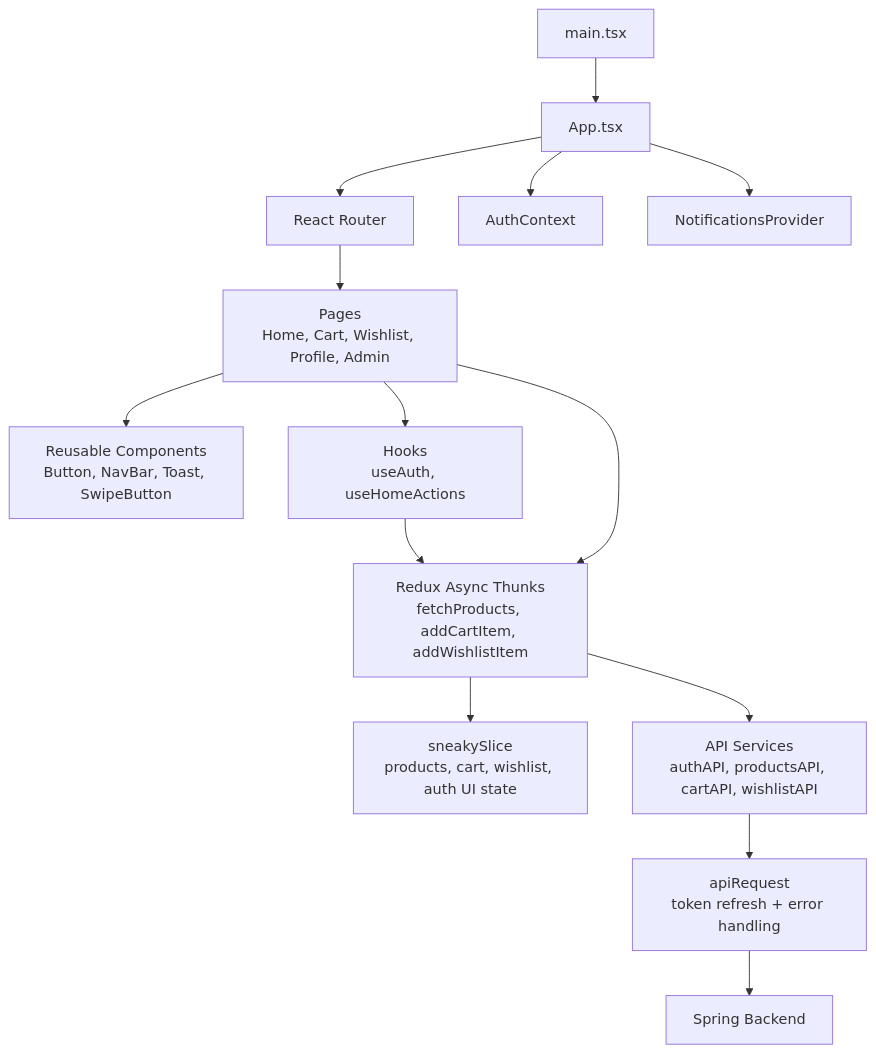
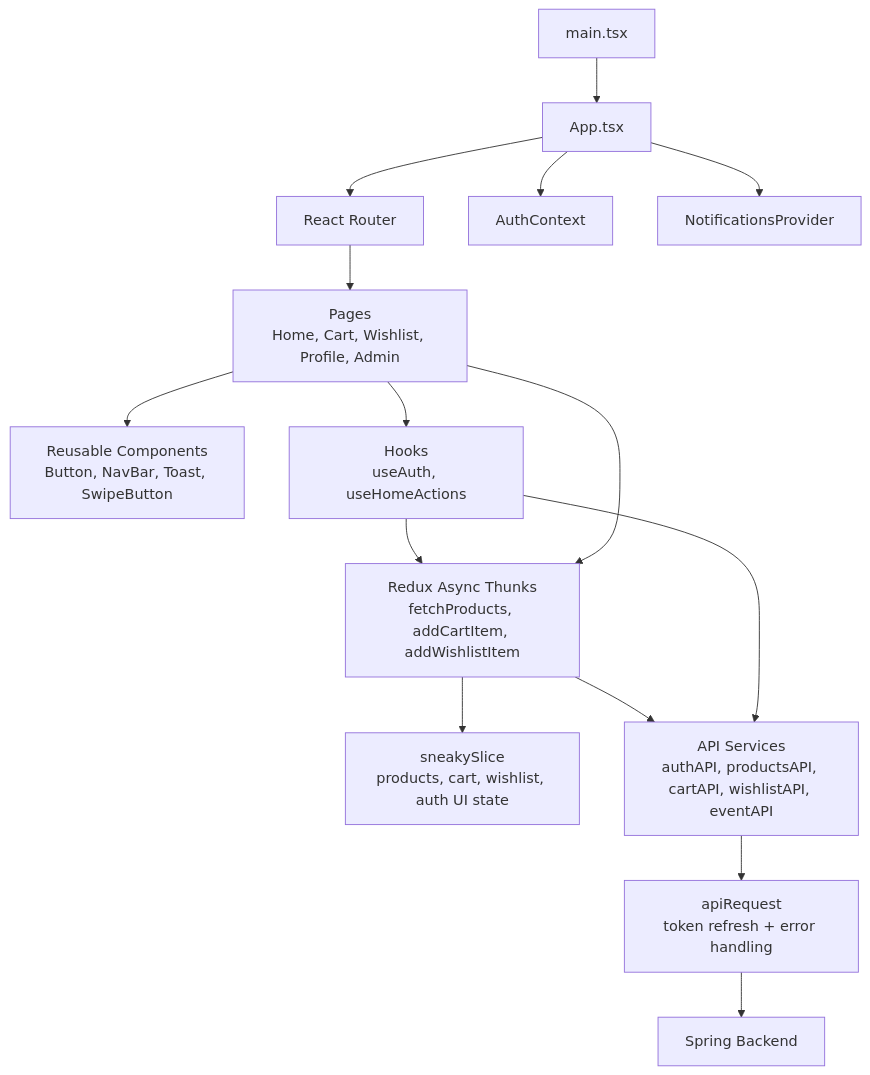
The third of 11 diagrams in docs/hld-lld-diagrams.md (BINIT-Nayak/Sneaky), drawn with Mermaid before and after one commit. The commit also changed other lines of this file and 2 other files, not shown here.

````diff
--- a/docs/hld-lld-diagrams.md
+++ b/docs/hld-lld-diagrams.md
@@ -64,30 +83,31 @@
 ```mermaid
 flowchart TD
     main[main.tsx]
     app[App.tsx]
     router[React Router]
     authContext[AuthContext]
     notificationContext[NotificationsProvider]
     pages[Pages<br/>Home, Cart, Wishlist, Profile, Admin]
     components[Reusable Components<br/>Button, NavBar, Toast, SwipeButton]
     hooks[Hooks<br/>useAuth, useHomeActions]
     thunks[Redux Async Thunks<br/>fetchProducts, addCartItem, addWishlistItem]
     slice[sneakySlice<br/>products, cart, wishlist, auth UI state]
-    services[API Services<br/>authAPI, productsAPI, cartAPI, wishlistAPI]
+    services[API Services<br/>authAPI, productsAPI, cartAPI, wishlistAPI, eventAPI]
     api[apiRequest<br/>token refresh + error handling]
     backend[Spring Backend]
 
     main --> app
     app --> authContext
     app --> notificationContext
     app --> router
     router --> pages
     pages --> components
     pages --> hooks
     hooks --> thunks
     pages --> thunks
     thunks --> slice
     thunks --> services
+    hooks --> services
     services --> api
     api --> backend
 ```
````
